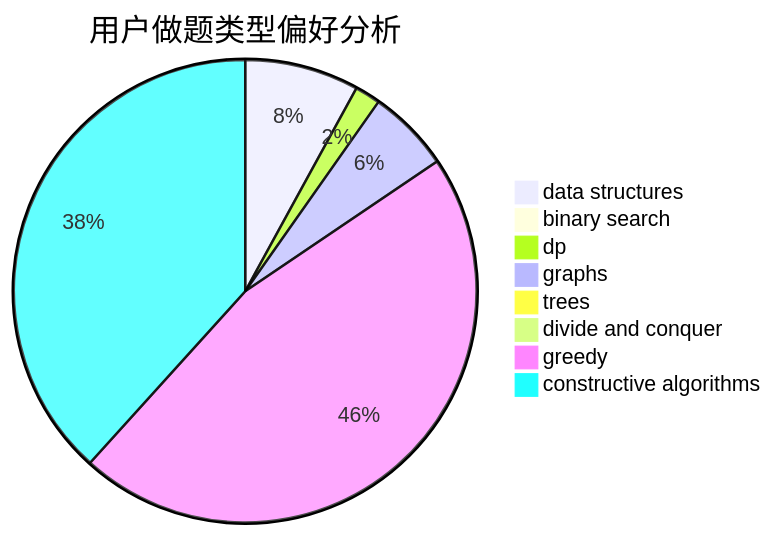
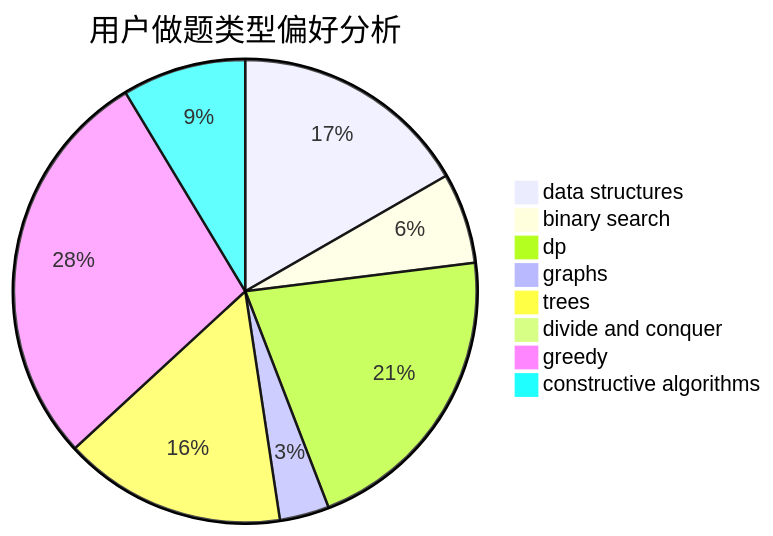
Before and after one commit to sherpahu/cfrs.github.io: the second of 3 diagrams in docs/user/u1903.md, drawn with Mermaid. The commit also changed other lines of this file and 2770 other files, not shown here.

````diff
--- a/docs/user/u1903.md
+++ b/docs/user/u1903.md
@@ -23,11 +23,11 @@
 ```mermaid
 pie title 用户做题类型偏好分析
-    "data structures" :  76
-    "binary search" :  1
-    "dp" :  17
-    "graphs" :  55
-    "trees" :  0
-    "divide and conquer" :  5
-    "greedy" :  440
-    "constructive algorithms" :  365
+    "data structures" :  87
+    "binary search" :  33
+    "dp" :  110
+    "graphs" :  18
+    "trees" :  81
+    "divide and conquer" :  0
+    "greedy" :  147
+    "constructive algorithms" :  45
 ```
````
